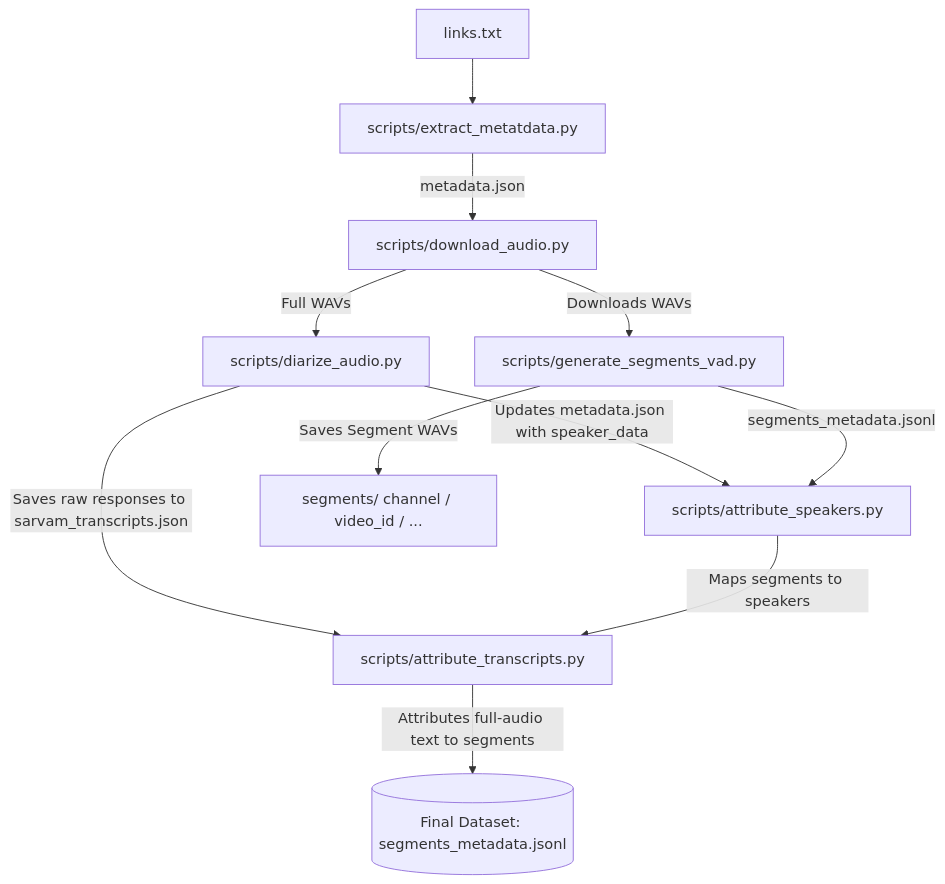
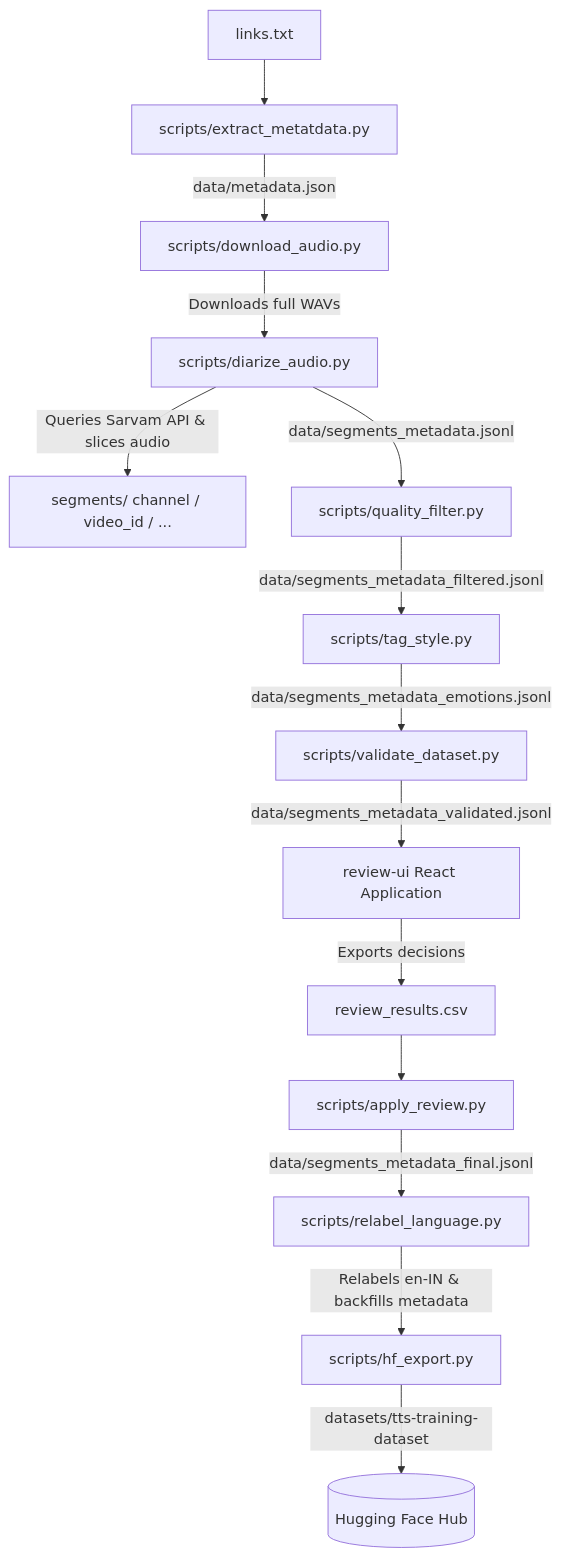
The diagram in README.md (Suhas-Koheda/speech-pipeline), drawn with Mermaid before and after one commit. The commit also changed other lines of this file and 1 other file, not shown here.

Commit message:
doc: update README and remove unused dependencies from requirements.txt

````diff
--- a/README.md
+++ b/README.md
@@ -9,19 +11,24 @@
 ```mermaid
 flowchart TD
-    A[links.txt] --> B[scripts/extract_metatdata.py]
-    B -->|metadata.json| C[scripts/download_audio.py]
-    C -->|Downloads WAVs| D[scripts/generate_segments_vad.py]
+    links[links.txt] --> metadata_ingest[scripts/extract_metatdata.py]
+    metadata_ingest -->|data/metadata.json| audio_download[scripts/download_audio.py]
+    audio_download -->|Downloads full WAVs| diarize[scripts/diarize_audio.py]
     
-    %% Diarization & ASR Branch
-    C -->|Full WAVs| E[scripts/diarize_audio.py]
-    E -->|Updates metadata.json with speaker_data| F
-    E -->|Saves raw responses to sarvam_transcripts.json| H[scripts/attribute_transcripts.py]
+    %% Diarization and Slicing
+    diarize -->|Queries Sarvam API & slices audio| segments[segments/ channel / video_id / ...]
+    diarize -->|data/segments_metadata.jsonl| quality_filt[scripts/quality_filter.py]
     
-    %% VAD Branch
-    D -->|segments_metadata.jsonl| F[scripts/attribute_speakers.py]
-    D -->|Saves Segment WAVs| G[segments/ channel / video_id / ...]
+    %% Filtering & Tagging
+    quality_filt -->|data/segments_metadata_filtered.jsonl| tag_style[scripts/tag_style.py]
+    tag_style -->|data/segments_metadata_emotions.jsonl| validate[scripts/validate_dataset.py]
     
-    %% Final Integration
-    F -->|Maps segments to speakers| H
-    H -->|Attributes full-audio text to segments| I[(Final Dataset: segments_metadata.jsonl)]
+    %% Manual Review Workflow
+    validate -->|data/segments_metadata_validated.jsonl| review_ui[review-ui React Application]
+    review_ui -->|Exports decisions| csv[review_results.csv]
+    csv --> apply_review[scripts/apply_review.py]
+    
+    %% Final stages
+    apply_review -->|data/segments_metadata_final.jsonl| relabel[scripts/relabel_language.py]
+    relabel -->|Relabels en-IN & backfills metadata| export[scripts/hf_export.py]
+    export -->|datasets/tts-training-dataset| hf[(Hugging Face Hub)]
 ```
````
